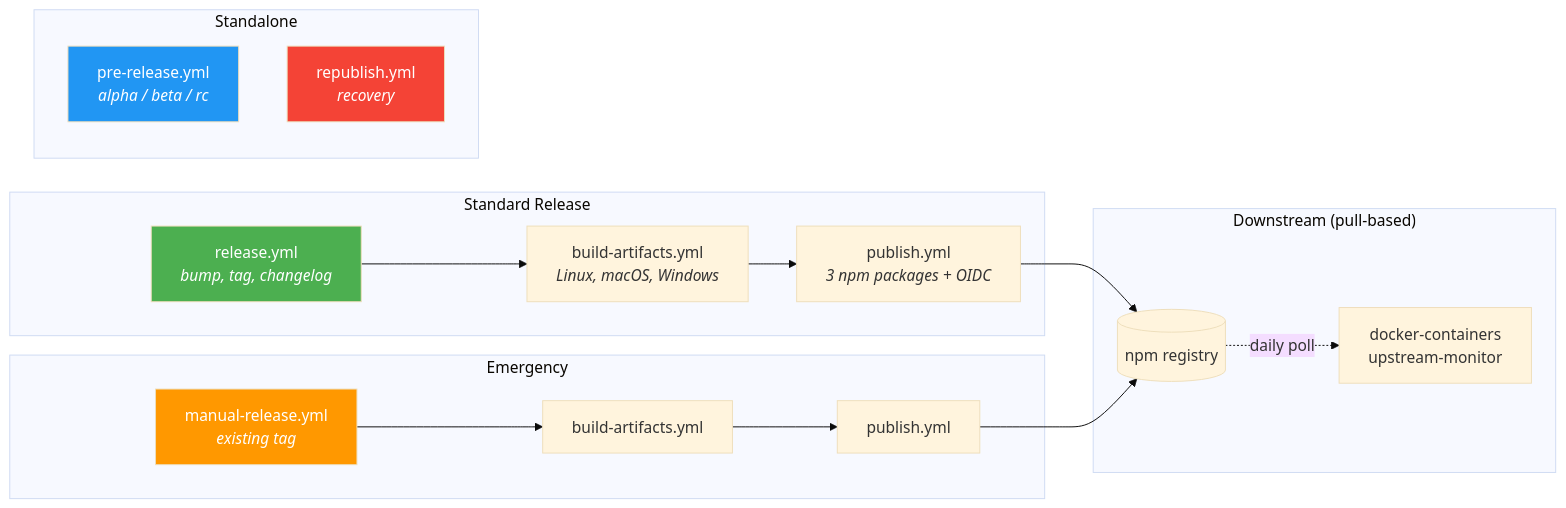
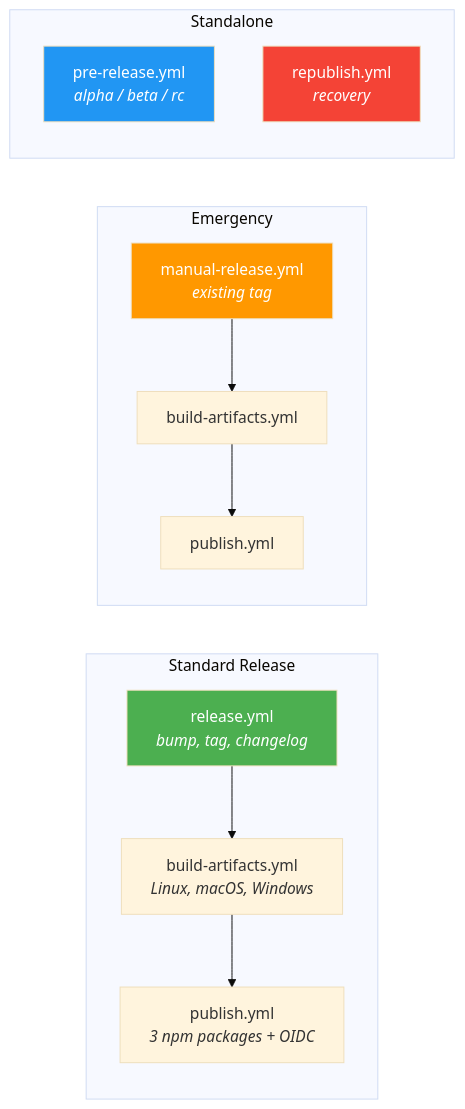
One commit to oorabona/node-liblzma changed the first of 2 diagrams in docs/RELEASING.md. Above: the diagram before and after it, drawn with Mermaid (base theme). The commit also changed other lines of this file, not shown here.

Commit message:
docs: remove downstream references from RELEASING.md

````diff
--- a/docs/RELEASING.md
+++ b/docs/RELEASING.md
@@ -7,29 +7,22 @@
 ```mermaid
 graph LR
     subgraph "Standard Release"
         R[release.yml<br><i>bump, tag, changelog</i>] --> BA[build-artifacts.yml<br><i>Linux, macOS, Windows</i>]
         BA --> P[publish.yml<br><i>3 npm packages + OIDC</i>]
     end
 
     subgraph "Emergency"
         MR[manual-release.yml<br><i>existing tag</i>] --> BA2[build-artifacts.yml]
         BA2 --> P2[publish.yml]
     end
 
     subgraph "Standalone"
         PR[pre-release.yml<br><i>alpha / beta / rc</i>]
         RP[republish.yml<br><i>recovery</i>]
     end
 
-    subgraph "Downstream (pull-based)"
-        NPM[(npm registry)] -.->|daily poll| DC[docker-containers<br>upstream-monitor]
-    end
-
-    P --> NPM
-    P2 --> NPM
-
     style R fill:#4CAF50,color:#fff
     style MR fill:#FF9800,color:#fff
     style PR fill:#2196F3,color:#fff
     style RP fill:#f44336,color:#fff
 ```
````
